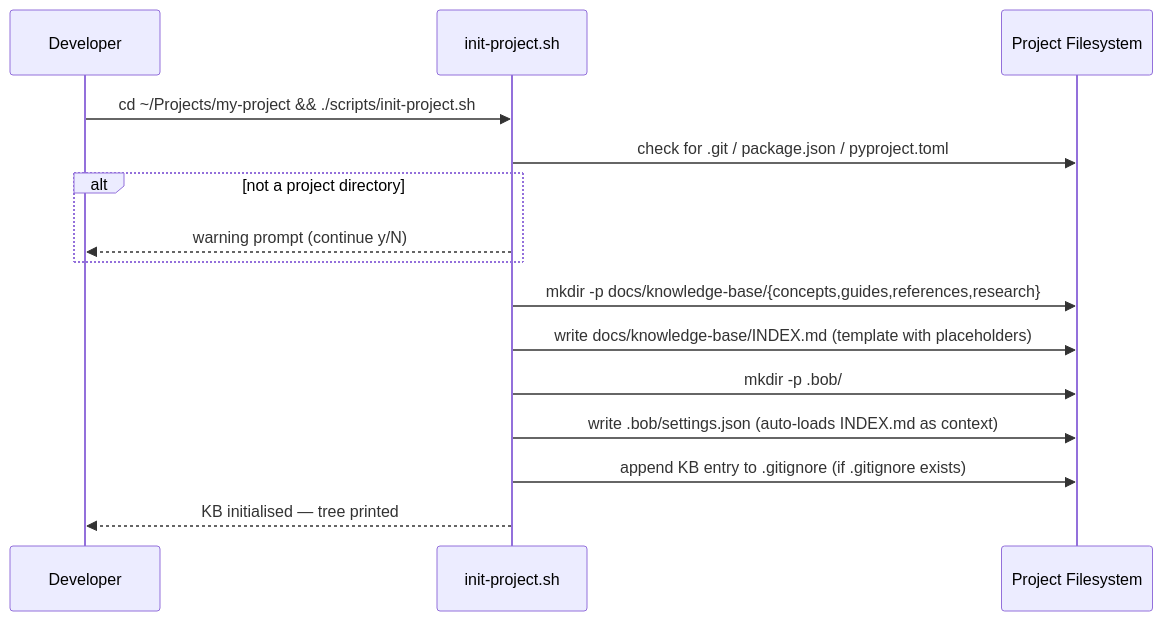
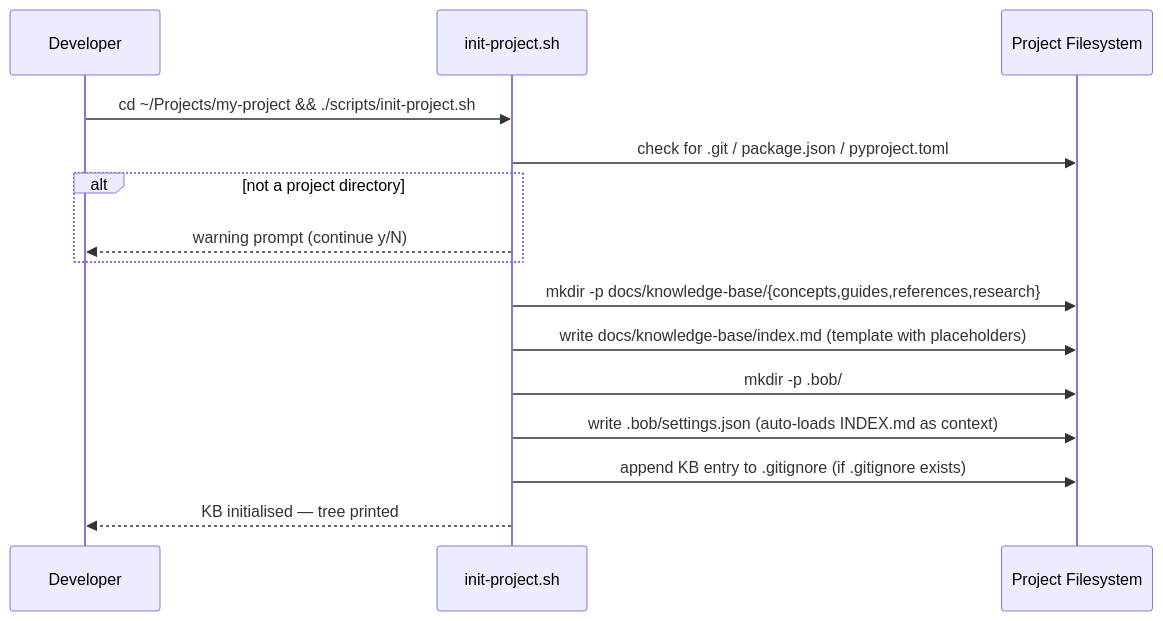
One commit to davidleconte/bob-llmwiki-knowledge-manager changed the fifth of 11 diagrams in docs/kb-manager/ARCHITECTURE.md. Above: the diagram before and after it, drawn with Mermaid. The commit also changed other lines of this file and 93 other files, not shown here.

````diff
--- a/docs/kb-manager/ARCHITECTURE.md
+++ b/docs/kb-manager/ARCHITECTURE.md
@@ -221,18 +221,18 @@
 ```mermaid
 sequenceDiagram
     participant U as Developer
     participant S as init-project.sh
     participant FS as Project Filesystem
 
     U->>S: cd ~/Projects/my-project && ./scripts/init-project.sh
     S->>FS: check for .git / package.json / pyproject.toml
     alt not a project directory
         S-->>U: warning prompt (continue y/N)
     end
     S->>FS: mkdir -p docs/knowledge-base/{concepts,guides,references,research}
-    S->>FS: write docs/knowledge-base/INDEX.md (template with placeholders)
+    S->>FS: write docs/knowledge-base/index.md (template with placeholders)
     S->>FS: mkdir -p .bob/
     S->>FS: write .bob/settings.json (auto-loads INDEX.md as context)
     S->>FS: append KB entry to .gitignore (if .gitignore exists)
     S-->>U: KB initialised — tree printed
 ```
````
